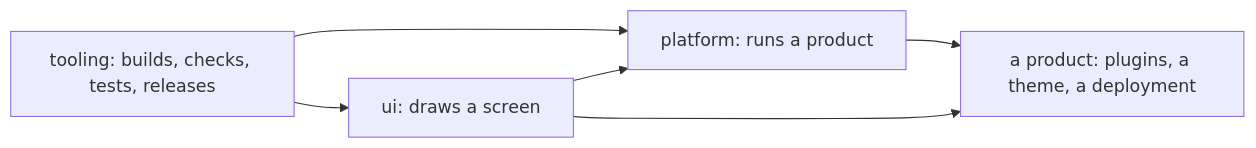
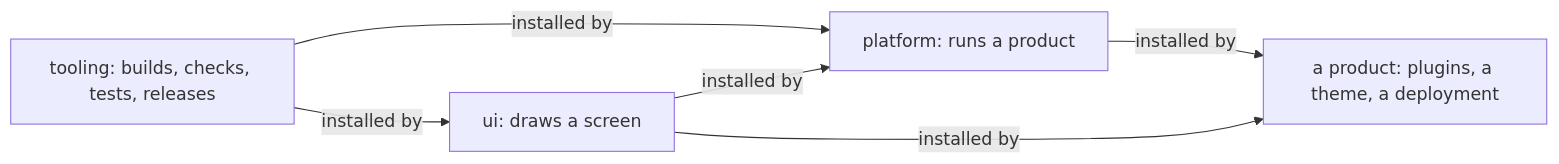
The diagram in docs/explanation/repositories.md (stealth-scale/docs), drawn with Mermaid before and after one commit. The commit also changed other lines of this file and 5 other files, not shown here.

````diff
--- a/docs/explanation/repositories.md
+++ b/docs/explanation/repositories.md
@@ -13,8 +13,8 @@
 ```mermaid
 flowchart LR
-  tooling[tooling: builds, checks, tests, releases] --> ui[ui: draws a screen]
-  tooling --> platform[platform: runs a product]
-  ui --> platform
-  platform --> product[a product: plugins, a theme, a deployment]
-  ui --> product
+  tooling[tooling: builds, checks, tests, releases] -->|installed by| ui[ui: draws a screen]
+  tooling -->|installed by| platform[platform: runs a product]
+  ui -->|installed by| platform
+  platform -->|installed by| product[a product: plugins, a theme, a deployment]
+  ui -->|installed by| product
 ```
````
